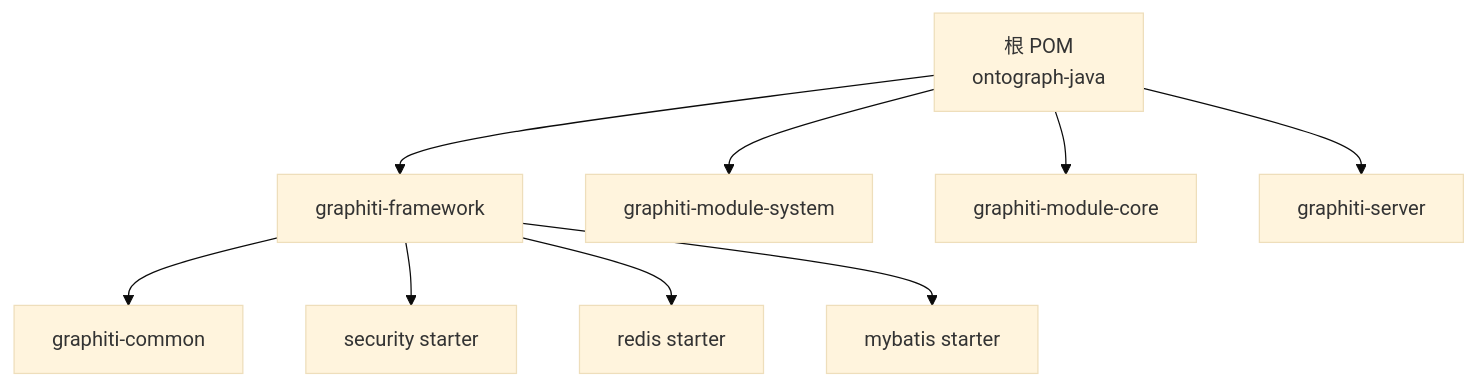
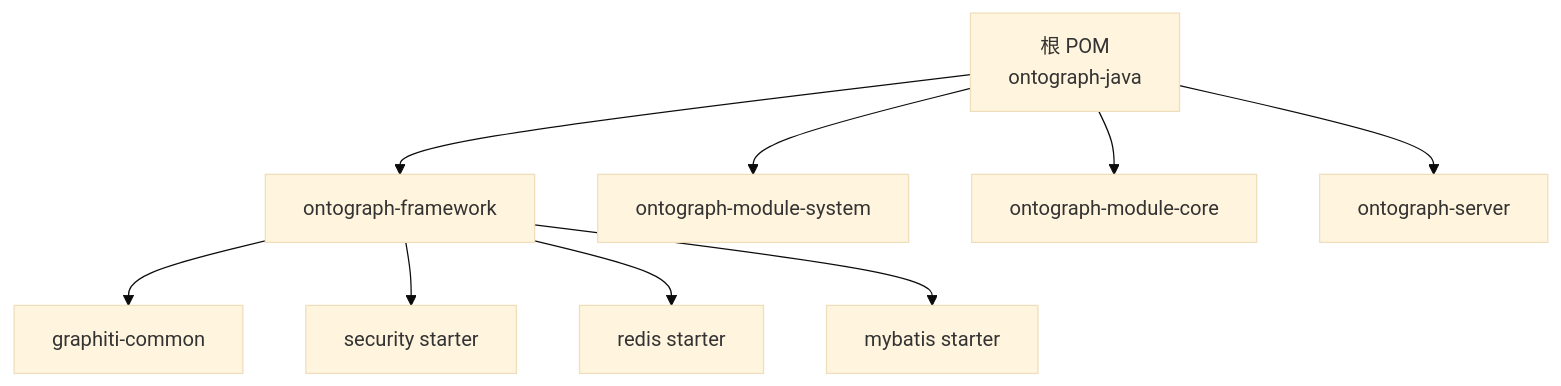
The fifth of 5 diagrams in docs/manual/快速开始.md (joezxh/graphiti-java), drawn with Mermaid (base theme) before and after one commit. The commit also changed other lines of this file and 200 other files, not shown here.

````diff
--- a/docs/manual/快速开始.md
+++ b/docs/manual/快速开始.md
@@ -282,11 +282,11 @@
 ```mermaid
 graph TB
-ROOT["根 POM<br/>ontograph-java"] --> FW["graphiti-framework"]
-ROOT --> SYS["graphiti-module-system"]
-ROOT --> CORE["graphiti-module-core"]
-ROOT --> SRV["graphiti-server"]
+ROOT["根 POM<br/>ontograph-java"] --> FW["ontograph-framework"]
+ROOT --> SYS["ontograph-module-system"]
+ROOT --> CORE["ontograph-module-core"]
+ROOT --> SRV["ontograph-server"]
 FW --> COMMON["graphiti-common"]
 FW --> SEC["security starter"]
 FW --> REDIS["redis starter"]
 FW --> MB["mybatis starter"]
 ```
````
